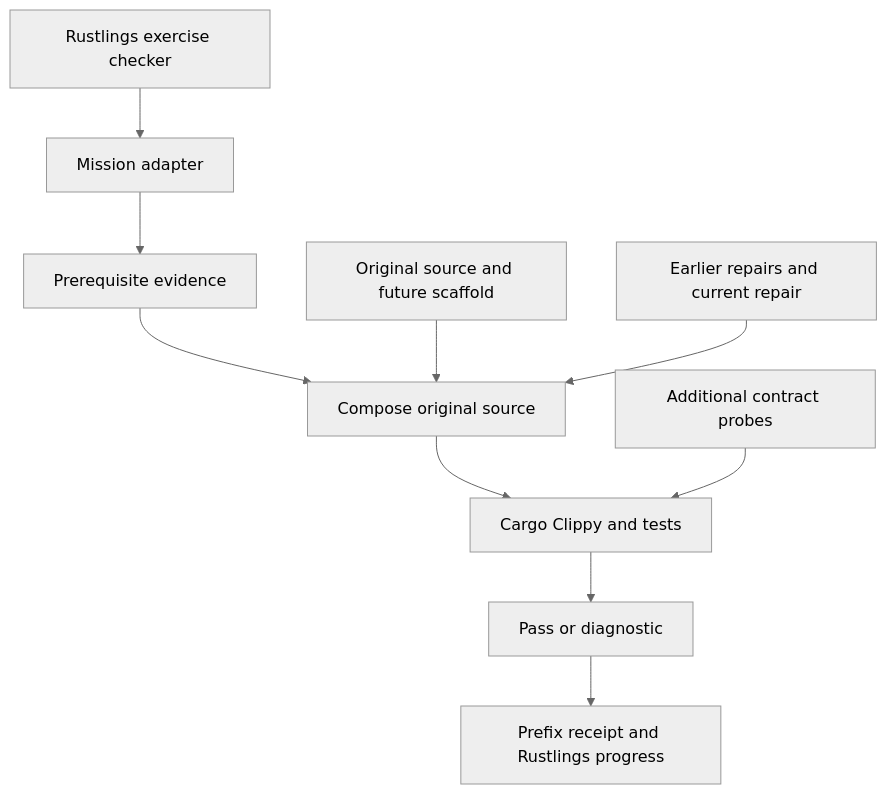
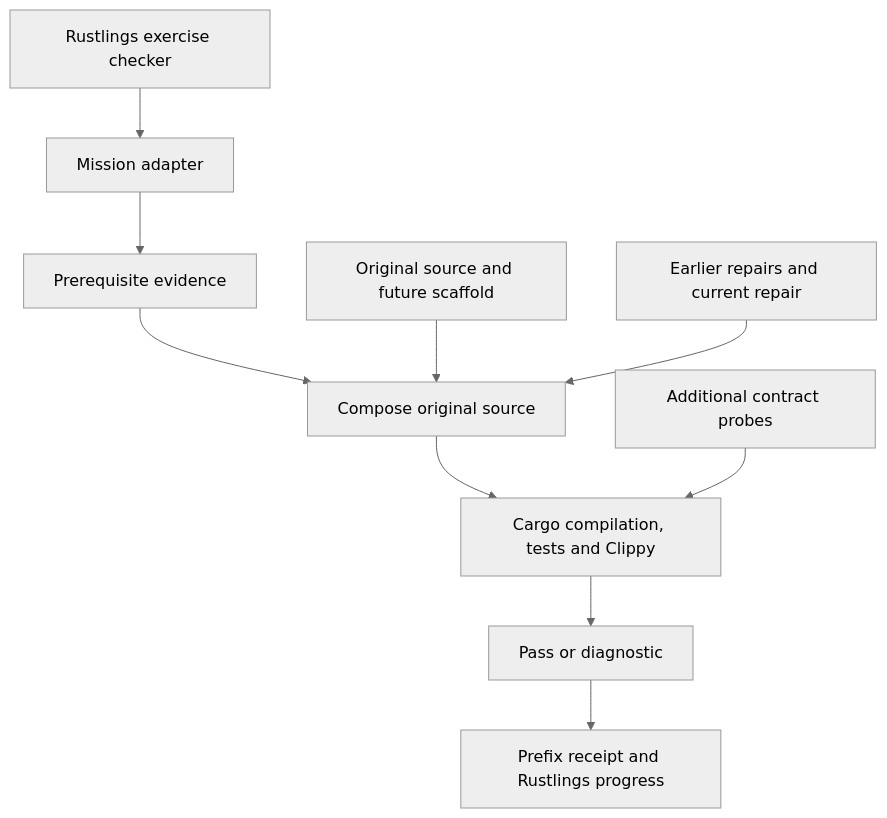
One commit to QuasarRay/rustlings changed the diagram in exercises/01_catalog/architecture.md. Above: the diagram before and after it, drawn with Mermaid (neutral theme). The commit also changed other lines of this file and 3 other files, not shown here.

````diff
--- a/exercises/01_catalog/architecture.md
+++ b/exercises/01_catalog/architecture.md
@@ -55,12 +55,12 @@
 ```mermaid
 flowchart TD
     A["Rustlings exercise checker"] --> B["Mission adapter"]
     B --> C["Prerequisite evidence"]
     C --> D["Compose original source"]
-    D --> E["Cargo Clippy and tests"]
+    D --> E["Cargo compilation, tests and Clippy"]
     E --> F["Pass or diagnostic"]
     F --> G["Prefix receipt and Rustlings progress"]
     H["Original source and future scaffold"] --> D
     I["Earlier repairs and current repair"] --> D
     J["Additional contract probes"] --> E
 ```
````
